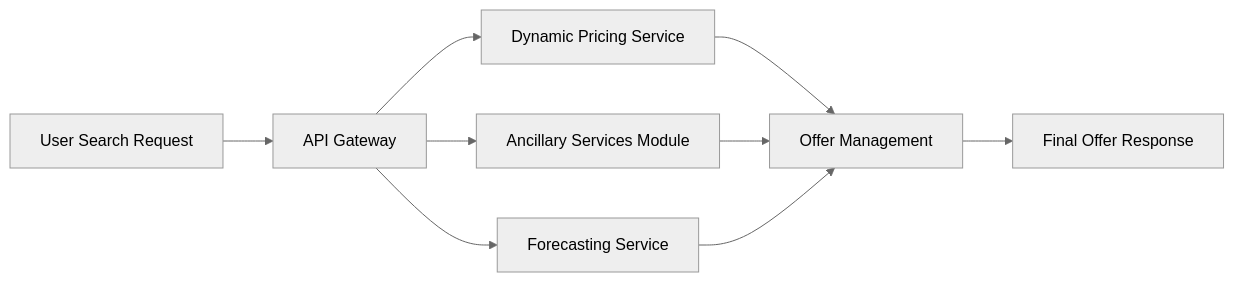
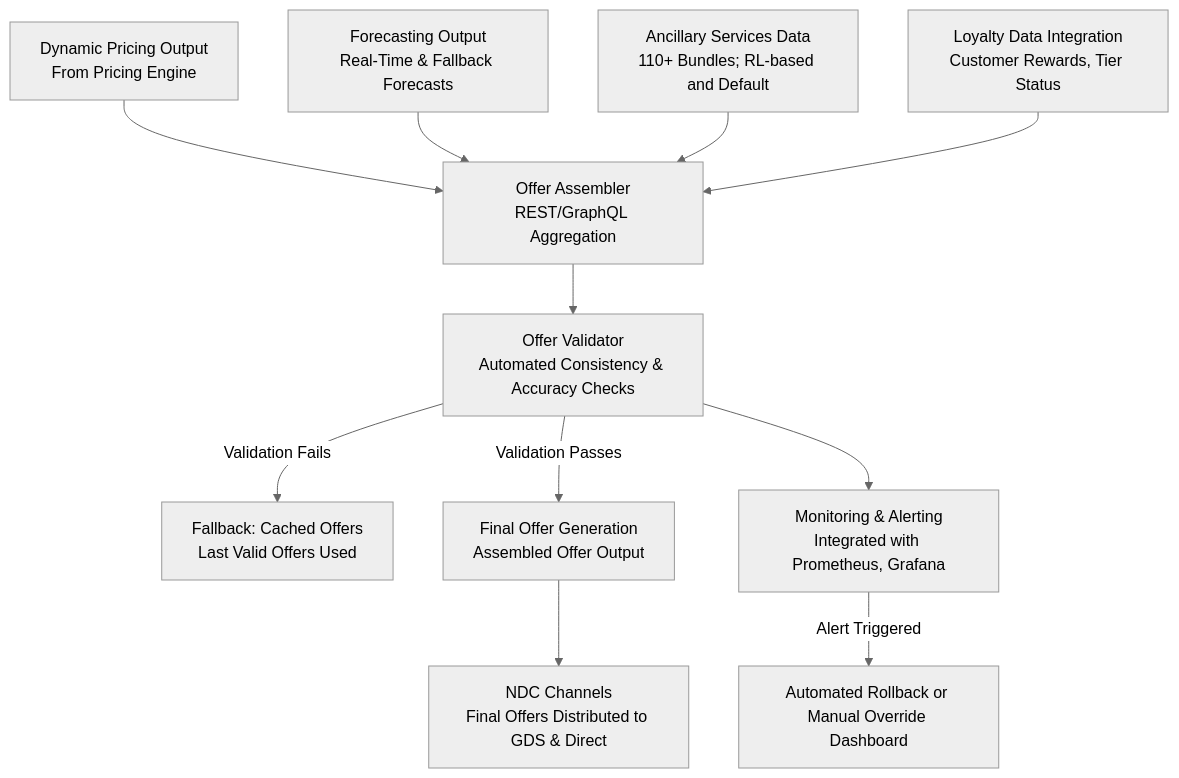
The diagram in Tech_Strategy/Data_Flow_Diagrams/Offer_Integration_Flow.md (suprachakra/Airline-Revenue-Optimization-System), drawn with Mermaid (neutral theme) before and after one commit.

````diff
--- a/Tech_Strategy/Data_Flow_Diagrams/Offer_Integration_Flow.md
+++ b/Tech_Strategy/Data_Flow_Diagrams/Offer_Integration_Flow.md
@@ -1,18 +1,37 @@
 ```mermaid
-flowchart LR
-    A[User Search Request] --> B[API Gateway]
-    B --> C[Dynamic Pricing Service]
-    B --> D[Ancillary Services Module]
-    B --> E[Forecasting Service]
-    C --> F[Offer Management]
-    D --> F
-    E --> F
-    F --> G[Final Offer Response]
+%% Detailed Offer_Integration_Flow.mmd
+%% This diagram illustrates the complete integration of outputs from dynamic pricing, forecasting,
+%% ancillary services, and loyalty data into the final offer generation process,
+%% with detailed error-handling and fallback strategies.
 
-    %% Detailed Annotations:
-    %% A: User initiates a search request from a web or mobile interface.
-    %% B: The API Gateway routes the request concurrently to the Pricing, Ancillary, and Forecasting services.
-    %% C, D, E: Each service processes its respective domain; inline fallback mechanisms ensure each call returns within 200ms.
-    %% F: The Offer Management service aggregates data, applies personalization, and ensures compliance with fallback protocols if one module fails.
-    %% G: Final offer is returned to the user with error messages or alternate offers if data integrity issues are detected.
+graph TD
+    %% Data Sources for Offer Assembly
+    A[Dynamic Pricing Output<br/>From Pricing Engine]
+    B[Forecasting Output<br/>Real-Time & Fallback Forecasts]
+    C[Ancillary Services Data<br/>110+ Bundles; RL-based and Default]
+    D[Loyalty Data Integration<br/>Customer Rewards, Tier Status]
+
+    %% Aggregation Process
+    A --> E[Offer Assembler<br/>REST/GraphQL Aggregation]
+    B --> E
+    C --> E
+    D --> E
+
+    %% Validation & Fallbacks
+    E --> F[Offer Validator<br/>Automated Consistency & Accuracy Checks]
+    F -- "Validation Fails" --> G[Fallback: Cached Offers<br/>Last Valid Offers Used]
+    F -- "Validation Passes" --> H[Final Offer Generation<br/>Assembled Offer Output]
+
+    %% Error Handling & Monitoring
+    F --> I[Monitoring & Alerting<br/>Integrated with Prometheus, Grafana]
+    I -- "Alert Triggered" --> J[Automated Rollback or Manual Override Dashboard]
+
+    %% Integration with Distribution Channels
+    H --> K[NDC Channels<br/>Final Offers Distributed to GDS & Direct]
+    
+    %% Inline Annotations
+    click F "https://example.com/offer-validation" "Offer Validator: Ensures all integrated data is accurate and complete."
+    click G "https://example.com/cached-offers" "Fallback mechanism: Uses previously validated offers if real-time generation fails."
+    click I "https://example.com/monitoring-alerts" "Real-time monitoring and automated rollback processes."
+
 ```
````
